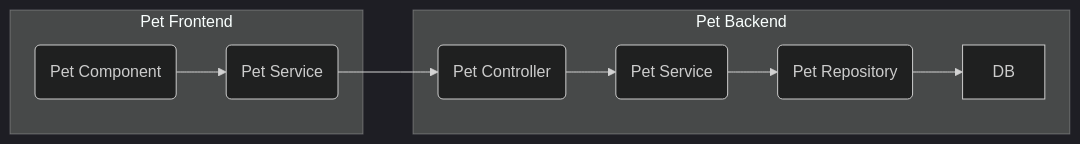
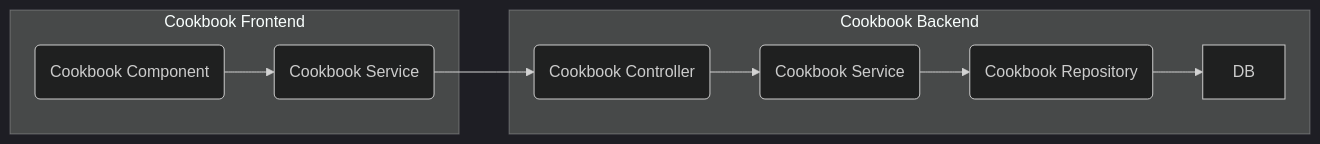
The diagram in README.md (anikoloutsos/test-what-matters), drawn with Mermaid (dark theme) before and after one commit. The commit also changed other lines of this file, not shown here.

Commit message:
Update with information about the project

````diff
--- a/README.md
+++ b/README.md
@@ -2,17 +7,17 @@
 ```mermaid
 flowchart LR
     
-    subgraph Pet Frontend 
-        FA(Pet Component) --> FB(Pet Service)
+    subgraph Cookbook Frontend 
+        FA(Cookbook Component) --> FB(Cookbook Service)
 
     end 
-    subgraph Pet Backend 
+    subgraph Cookbook Backend 
 
-    A(Pet Controller) --> B(Pet Service)
-    B --> C(Pet Repository)
-    C --> D[DB]
+    BA(Cookbook Controller) --> BB(Cookbook Service)
+    BB --> BC(Cookbook Repository)
+    BC --> BD[DB]
     end
 
-    FB --> A
+    FB --> BA
 
 ```
````
